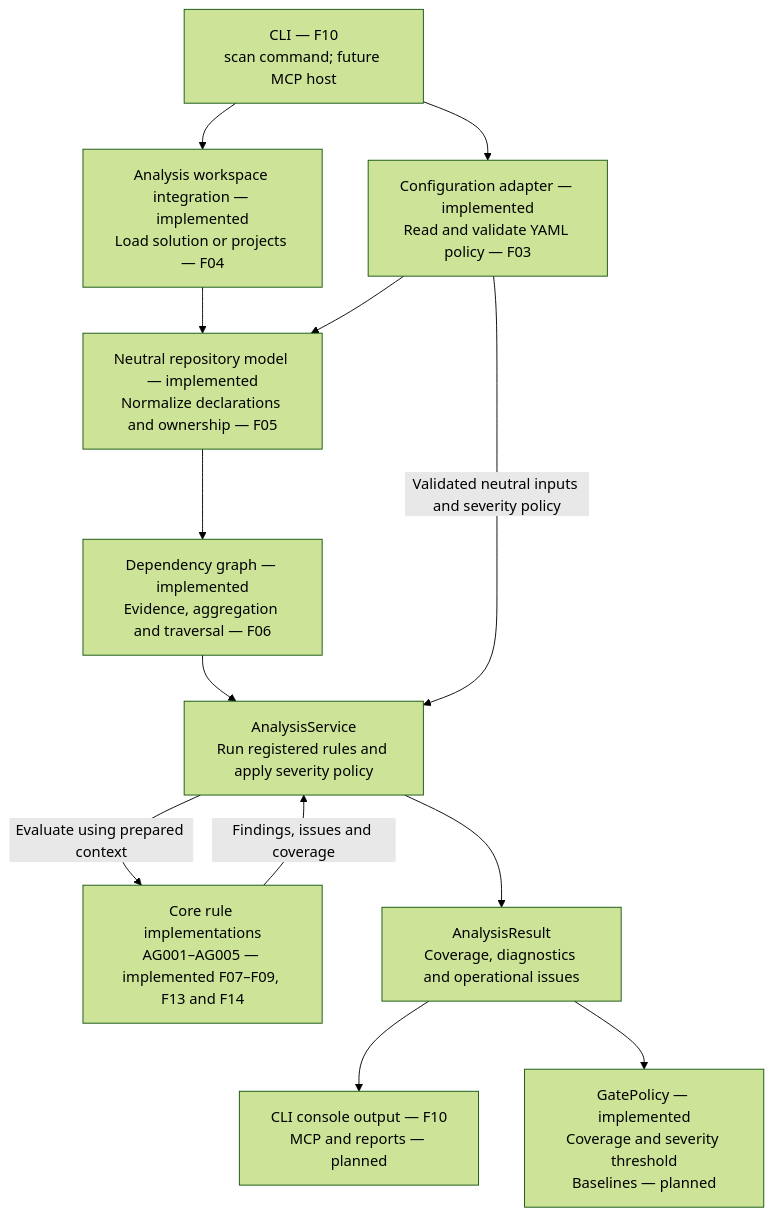
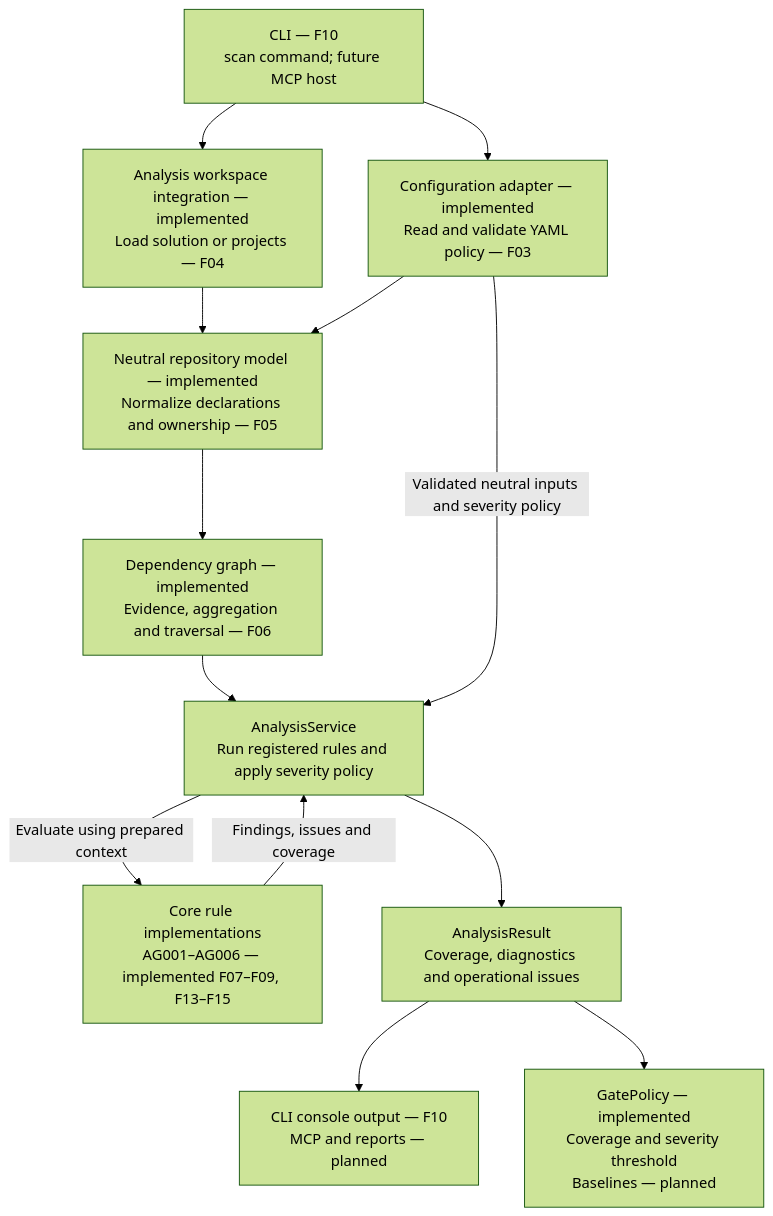
One commit to kbourzayq/arch-guard changed the second of 3 diagrams in docs/architecture/overview.md. Above: the diagram before and after it, drawn with Mermaid (forest theme). The commit also changed other lines of this file and 29 other files, not shown here.

````diff
--- a/docs/architecture/overview.md
+++ b/docs/architecture/overview.md
@@ -140,26 +141,26 @@
 ```mermaid
 flowchart TD
     Host["CLI — F10<br/>scan command; future MCP host"]
     Configuration["Configuration adapter — implemented<br/>Read and validate YAML policy — F03"]
     Workspace["Analysis workspace integration — implemented<br/>Load solution or projects — F04"]
     Context["Neutral repository model — implemented<br/>Normalize declarations and ownership — F05"]
     Graph["Dependency graph — implemented<br/>Evidence, aggregation and traversal — F06"]
     Service["AnalysisService<br/>Run registered rules and apply severity policy"]
-    Rules["Core rule implementations<br/>AG001–AG005 — implemented F07–F09, F13 and F14"]
+    Rules["Core rule implementations<br/>AG001–AG006 — implemented F07–F09, F13–F15"]
     Result["AnalysisResult<br/>Coverage, diagnostics and operational issues"]
     Output["CLI console output — F10<br/>MCP and reports — planned"]
     Gate["GatePolicy — implemented<br/>Coverage and severity threshold<br/>Baselines — planned"]
 
     Host --> Configuration
     Host --> Workspace
     Workspace --> Context
     Configuration --> Context
     Context --> Graph
     Graph --> Service
     Configuration -->|"Validated neutral inputs and severity policy"| Service
     Service -->|"Evaluate using prepared context"| Rules
     Rules -->|"Findings, issues and coverage"| Service
     Service --> Result
     Result --> Output
     Result --> Gate
 ```
````
